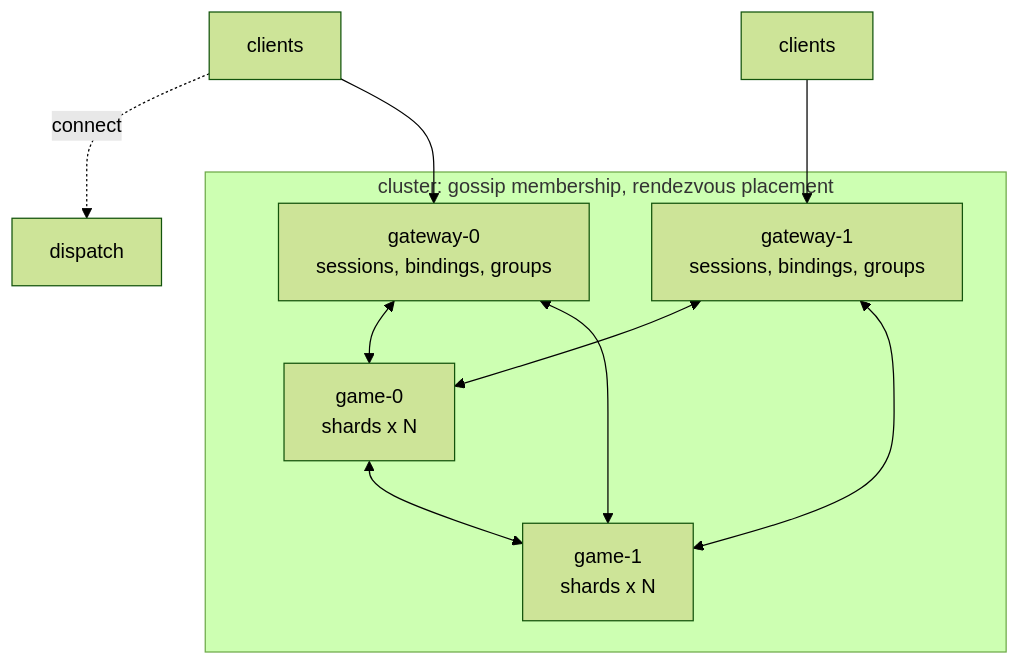
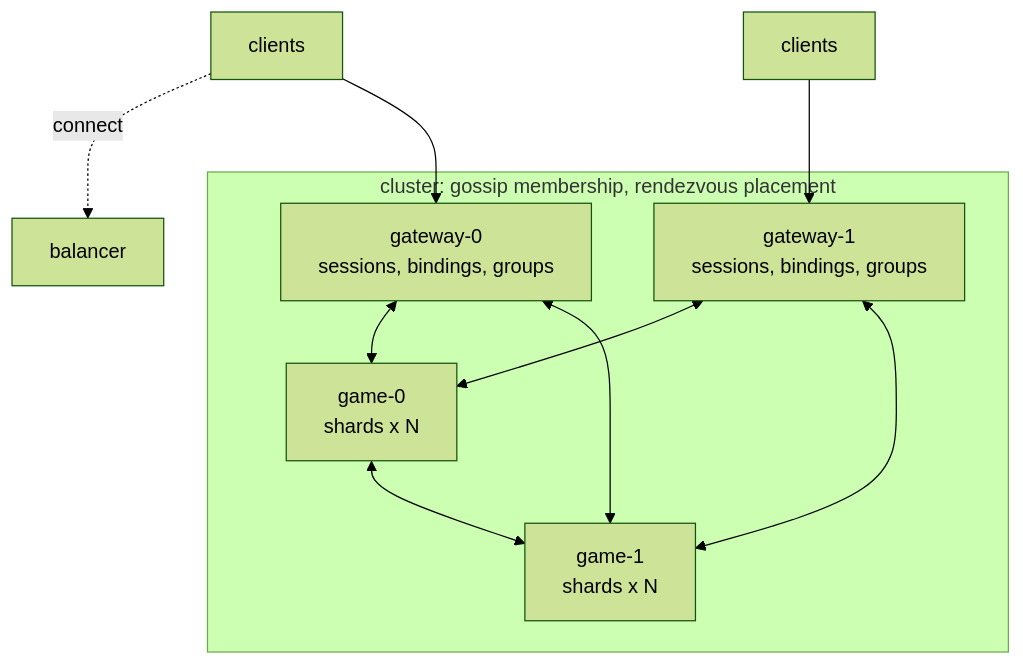
Before and after one commit to JasonXuDeveloper/DaServer: the first of 2 diagrams in README.md, drawn with Mermaid (forest theme). The commit also changed other lines of this file and 5 other files, not shown here.

````diff
--- a/README.md
+++ b/README.md
@@ -28,17 +28,17 @@
 ```mermaid
 flowchart TB
-    C1[clients] -. connect .-> D[dispatch]
+    C1[clients] -. connect .-> D[balancer]
     C1 --> G1
     C2[clients] --> G2
     subgraph cluster [cluster: gossip membership, rendezvous placement]
         G1[gateway-0<br/>sessions, bindings, groups]
         G2[gateway-1<br/>sessions, bindings, groups]
         N1[game-0<br/>shards x N]
         N2[game-1<br/>shards x N]
         G1 <--> N1
         G1 <--> N2
         G2 <--> N1
         G2 <--> N2
         N1 <--> N2
     end
 ```
````
